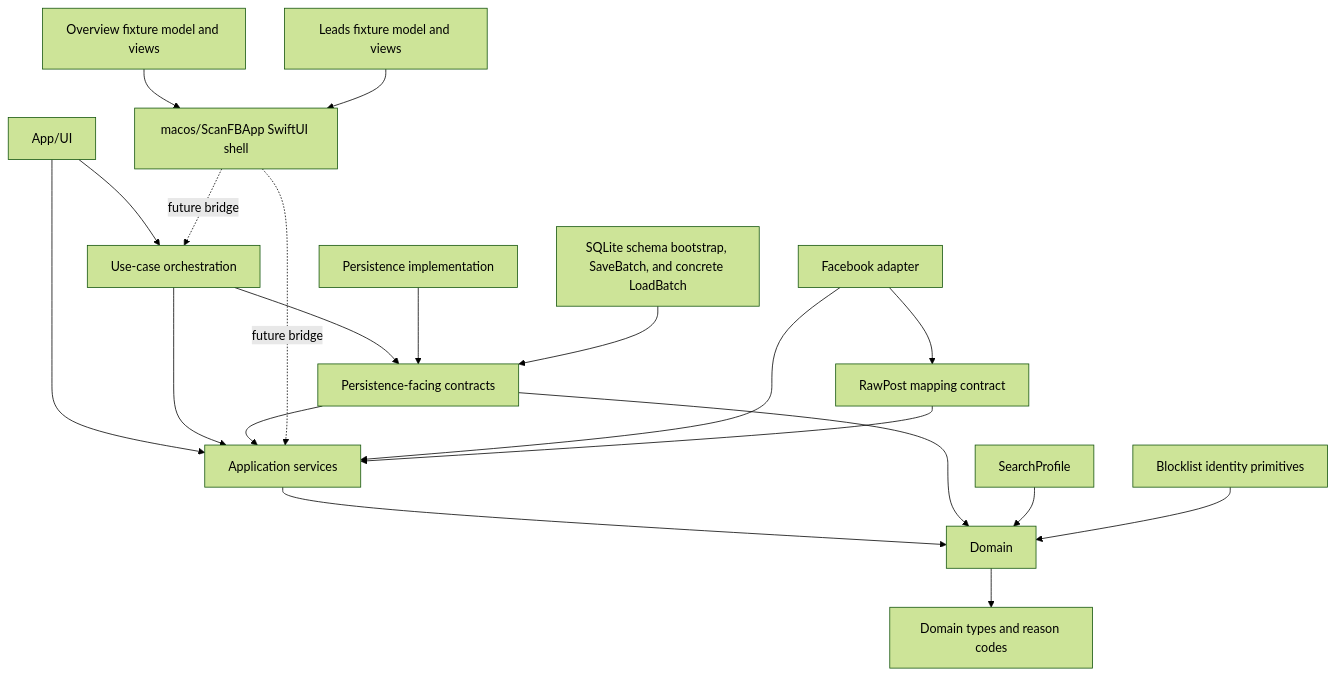
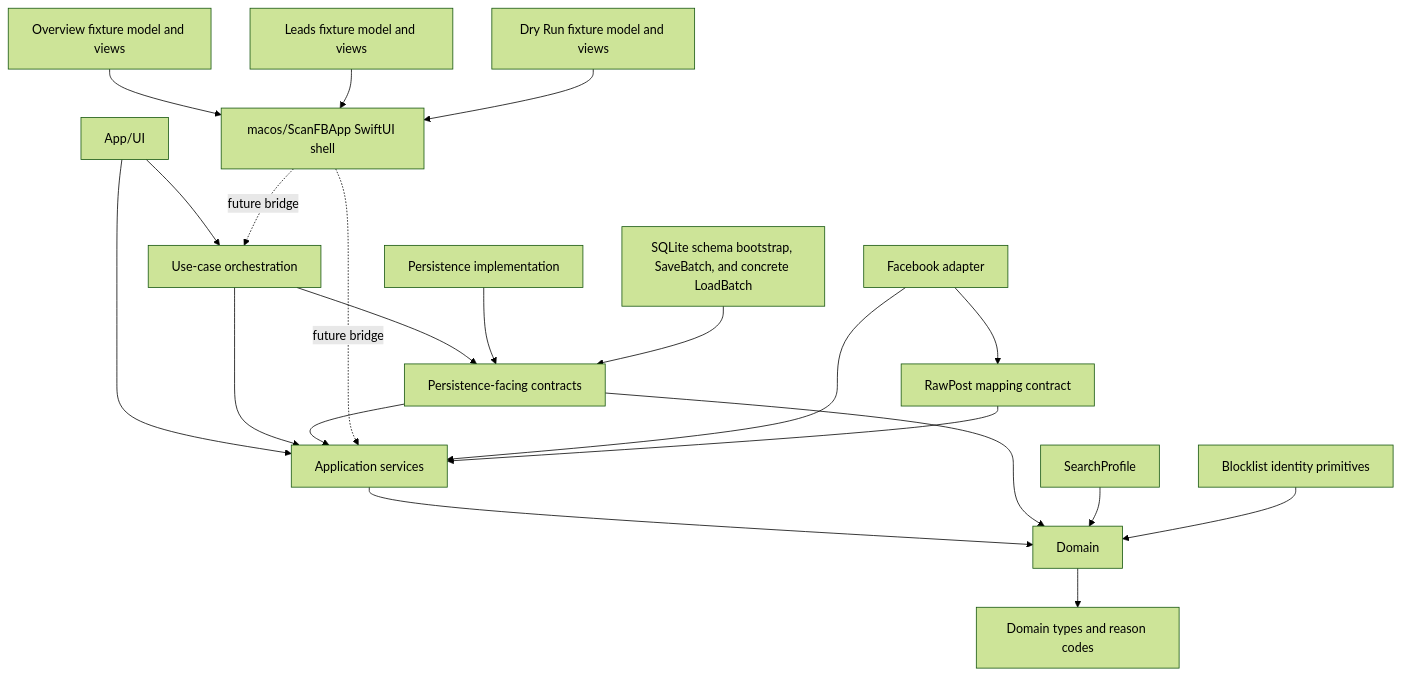
One commit to soleda2026/ScanFB changed the diagram in docs/CODE_GRAPH.md. Above: the diagram before and after it, drawn with Mermaid (forest theme). The commit also changed other lines of this file and 13 other files, not shown here.

Commit message:
feat(ui): add fixture dry run review

````diff
--- a/docs/CODE_GRAPH.md
+++ b/docs/CODE_GRAPH.md
@@ -7,22 +7,23 @@
 ```mermaid
 flowchart TD
     UI["App/UI"] --> APP["Application services"]
     UI --> ORCH["Use-case orchestration"]
     ORCH --> APP
     ORCH --> PERSIST_CONTRACT
     APP --> DOMAIN["Domain"]
     PERSIST_CONTRACT["Persistence-facing contracts"] --> APP
     PERSIST_CONTRACT --> DOMAIN
     PERSIST_IMPL["Persistence implementation"] --> PERSIST_CONTRACT
     SQLITE["SQLite schema bootstrap, SaveBatch, and concrete LoadBatch"] --> PERSIST_CONTRACT
     MACOS_APP["macos/ScanFBApp SwiftUI shell"] -.future bridge.-> ORCH
     MACOS_APP -.future bridge.-> APP
     OVERVIEW_FIXTURE["Overview fixture model and views"] --> MACOS_APP
     LEADS_FIXTURE["Leads fixture model and views"] --> MACOS_APP
+    DRYRUN_FIXTURE["Dry Run fixture model and views"] --> MACOS_APP
     FB["Facebook adapter"] --> APP
     FB --> RAW["RawPost mapping contract"]
     RAW --> APP
     PROFILE["SearchProfile"] --> DOMAIN
     DOMAIN --> TYPES["Domain types and reason codes"]
     BLOCKLIST["Blocklist identity primitives"] --> DOMAIN
 ```
````
